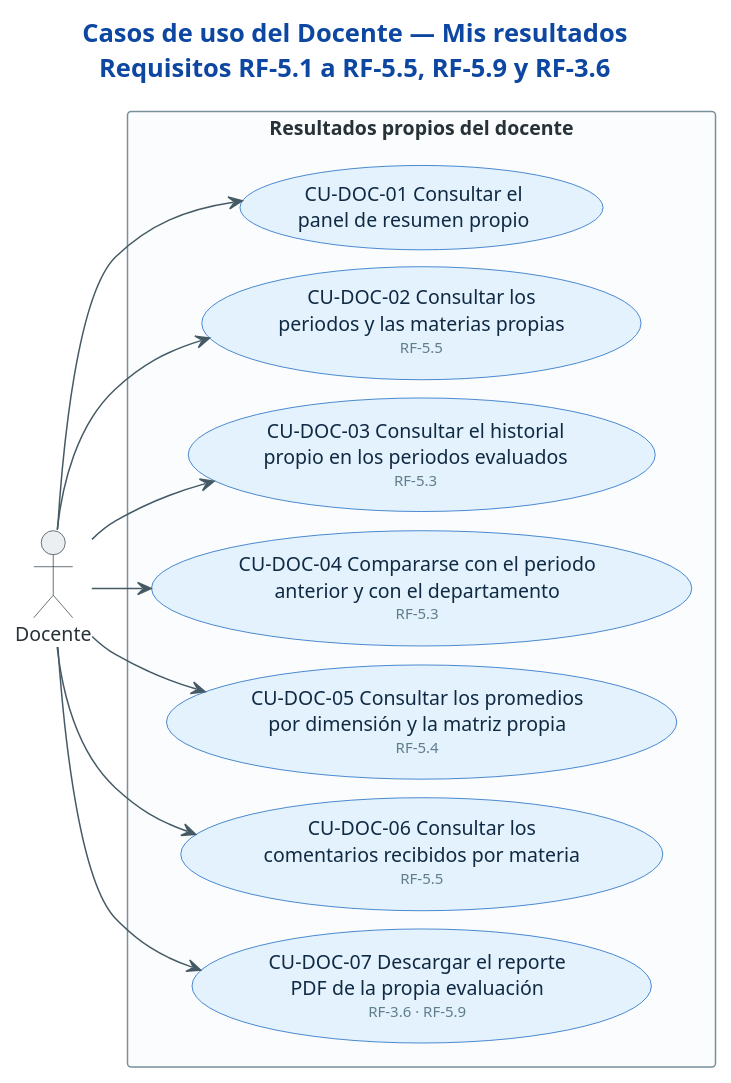
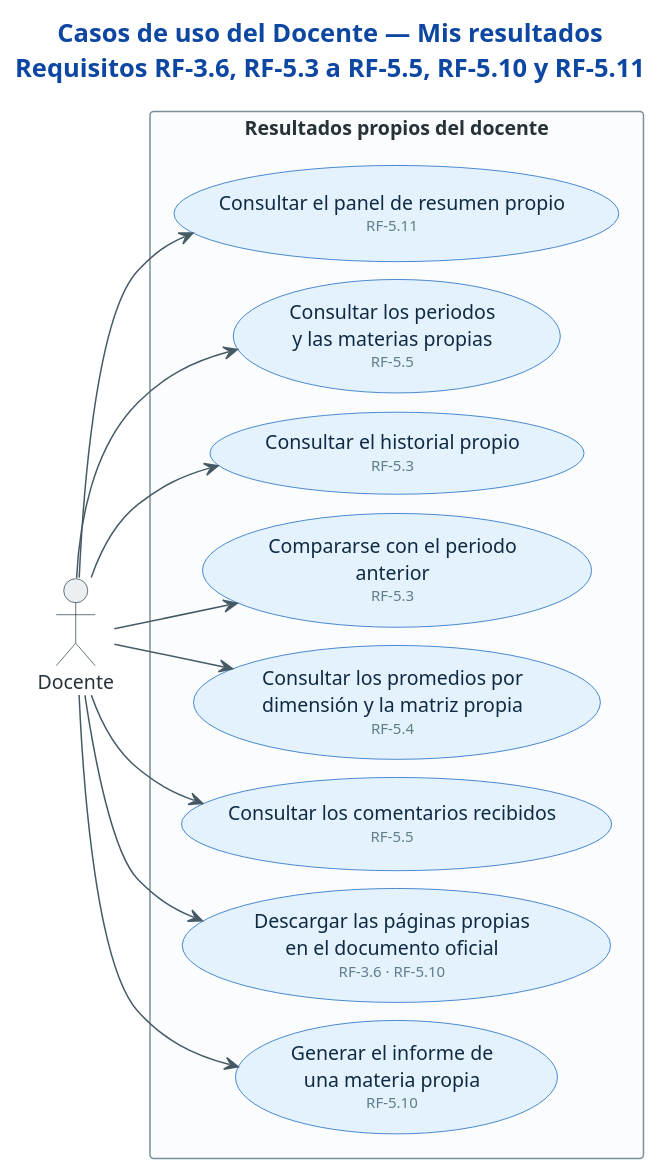
The diagram in docs/casos-de-uso/14-docente-mis-resultados.puml (sistema-evaluacion-docente/api.evd), drawn with PlantUML before and after one commit. The commit also changed 20 other files, not shown here.

First line of the commit message:
style: change use case diagrams for clarity and consistency

```diff
--- a/docs/casos-de-uso/14-docente-mis-resultados.puml
+++ b/docs/casos-de-uso/14-docente-mis-resultados.puml
@@ -1,61 +1,60 @@
-@startuml cu-40-docente-mis-resultados
+@startuml cu-14-docente-mis-resultados
 ' =============================================================================
 ' Sistema de Evaluación Docente (SET) — UFPS
 ' Fuente: Tabla 36 (actores) y Tabla 37 (requisitos funcionales) del documento de
 '         tesis, con la implementación de DistilUmbert-back y DistilUmbert-front.
-' Especificación de cada caso de uso: docs/casos-de-uso/README.md
 ' =============================================================================
-title Casos de uso del Docente — Mis resultados\nRequisitos RF-5.1 a RF-5.5, RF-5.9 y RF-3.6
+title Casos de uso del Docente — Mis resultados\nRequisitos RF-3.6, RF-5.3 a RF-5.5, RF-5.10 y RF-5.11
 
 left to right direction
 
 skinparam backgroundColor #FFFFFF
 skinparam shadowing false
 skinparam defaultFontSize 13
 skinparam TitleFontSize 17
 skinparam TitleFontColor #0D47A1
 skinparam ArrowColor #455A64
 skinparam ArrowFontColor #546E7A
 skinparam ArrowFontSize 11
 skinparam nodesep 12
 skinparam ranksep 40
-' Descomenta la línea siguiente para aristas ortogonales (requiere Graphviz).
-' skinparam linetype ortho
 skinparam actor {
   BackgroundColor #ECEFF1
   BorderColor #37474F
   FontColor #263238
 }
 skinparam usecase {
   BackgroundColor #E3F2FD
   BorderColor #1565C0
   FontColor #102A43
 }
 skinparam rectangle {
   BackgroundColor #FAFCFD
   BorderColor #78909C
   FontColor #263238
   FontStyle bold
 }
 
 actor "Docente" as DOC
 
 rectangle "Resultados propios del docente" {
-  usecase "CU-DOC-01 Consultar el\npanel de resumen propio" as C1
-  usecase "CU-DOC-02 Consultar los\nperiodos y las materias propias\n<size:10><color:#607D8B>RF-5.5</color></size>" as C2
-  usecase "CU-DOC-03 Consultar el historial\npropio en los periodos evaluados\n<size:10><color:#607D8B>RF-5.3</color></size>" as C3
-  usecase "CU-DOC-04 Compararse con el periodo\nanterior y con el departamento\n<size:10><color:#607D8B>RF-5.3</color></size>" as C4
-  usecase "CU-DOC-05 Consultar los promedios\npor dimensión y la matriz propia\n<size:10><color:#607D8B>RF-5.4</color></size>" as C5
-  usecase "CU-DOC-06 Consultar los\ncomentarios recibidos por materia\n<size:10><color:#607D8B>RF-5.5</color></size>" as C6
-  usecase "CU-DOC-07 Descargar el reporte\nPDF de la propia evaluación\n<size:10><color:#607D8B>RF-3.6 · RF-5.9</color></size>" as C7
+  usecase "Consultar el panel de resumen propio\n<size:10><color:#607D8B>RF-5.11</color></size>" as C1
+  usecase "Consultar los periodos\ny las materias propias\n<size:10><color:#607D8B>RF-5.5</color></size>" as C2
+  usecase "Consultar el historial propio\n<size:10><color:#607D8B>RF-5.3</color></size>" as C3
+  usecase "Compararse con el periodo\nanterior\n<size:10><color:#607D8B>RF-5.3</color></size>" as C4
+  usecase "Consultar los promedios por\ndimensión y la matriz propia\n<size:10><color:#607D8B>RF-5.4</color></size>" as C5
+  usecase "Consultar los comentarios recibidos\n<size:10><color:#607D8B>RF-5.5</color></size>" as C6
+  usecase "Descargar las páginas propias\nen el documento oficial\n<size:10><color:#607D8B>RF-3.6 · RF-5.10</color></size>" as C7
+  usecase "Generar el informe de\nuna materia propia\n<size:10><color:#607D8B>RF-5.10</color></size>" as C16
 }
 
 DOC --> C1
 DOC --> C2
 DOC --> C3
 DOC --> C4
 DOC --> C5
 DOC --> C6
 DOC --> C7
+DOC --> C16
 
 @enduml
```
